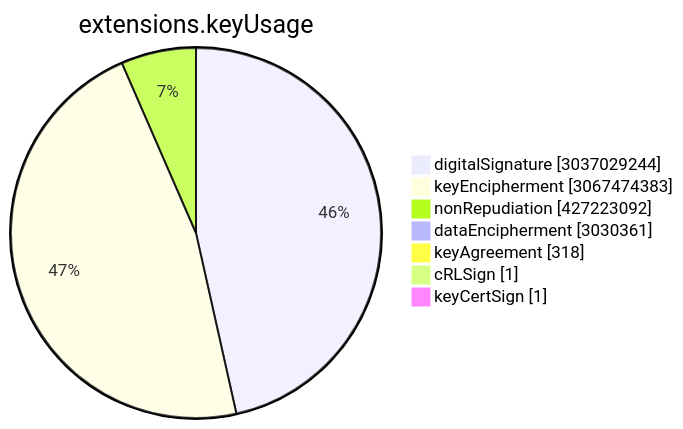
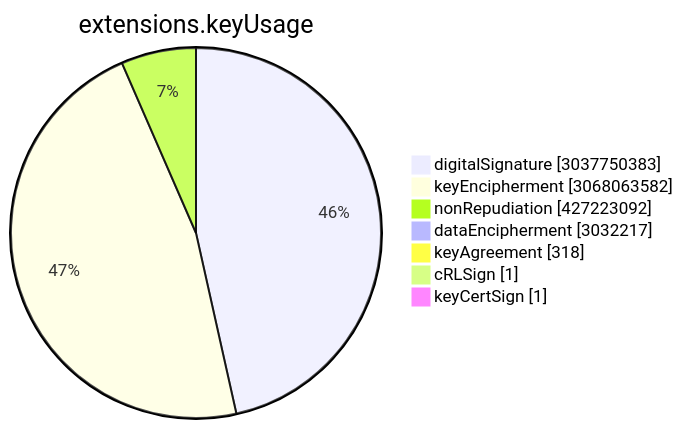
One commit to christiankrug/ctmonitor_visualization changed the sixth of 15 diagrams in TOTAL/README.md. Above: the diagram before and after it, drawn with Mermaid. The commit also changed other lines of this file, not shown here.

````diff
--- a/TOTAL/README.md
+++ b/TOTAL/README.md
@@ -3075,11 +3075,11 @@
 ```mermaid
 pie showData
 title extensions.keyUsage
-"digitalSignature" :3037029244
-"keyEncipherment" :3067474383
+"digitalSignature" :3037750383
+"keyEncipherment" :3068063582
 "nonRepudiation" :427223092
-"dataEncipherment" :3030361
+"dataEncipherment" :3032217
 "keyAgreement" :318
 "cRLSign" :1
 "keyCertSign" :1
 ```
````
